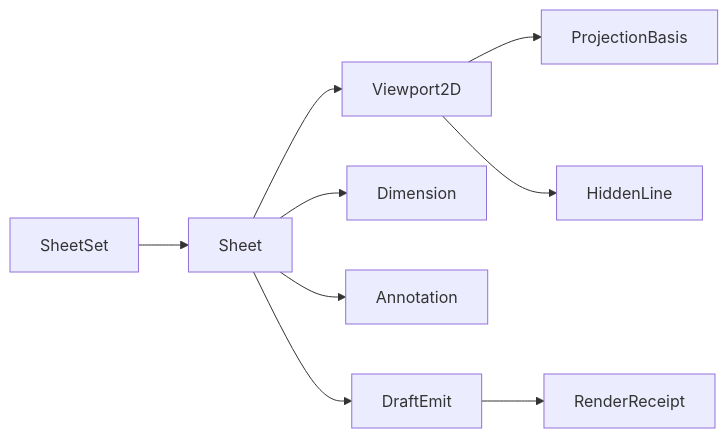
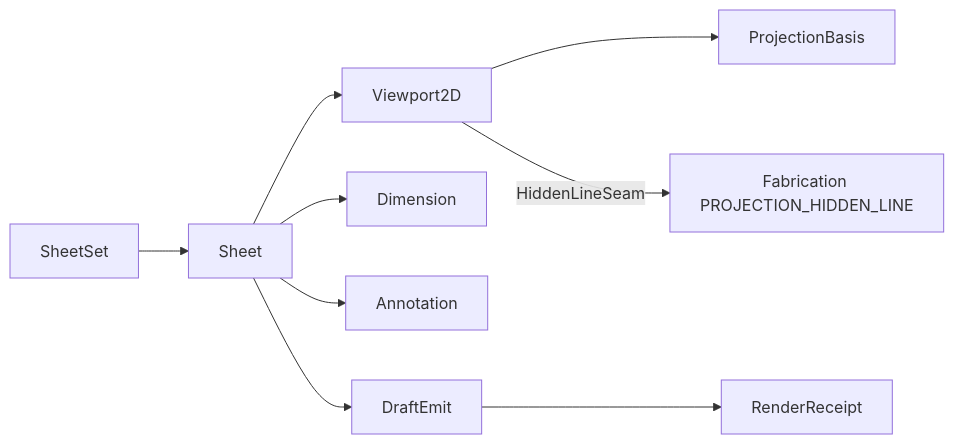
One commit to bsamiee/Rasm changed the diagram in libs/csharp/Rasm.AppUi/.planning/drafting/drafting-sheets.md. Above: the diagram before and after it, drawn with Mermaid. The commit also changed other lines of this file and 265 other files, not shown here.

````diff
--- a/libs/csharp/Rasm.AppUi/.planning/drafting/drafting-sheets.md
+++ b/libs/csharp/Rasm.AppUi/.planning/drafting/drafting-sheets.md
@@ -312,11 +402,11 @@
 ```mermaid
 flowchart LR
     SheetSet --> Sheet
     Sheet --> Viewport2D
     Viewport2D --> ProjectionBasis
-    Viewport2D --> HiddenLine
+    Viewport2D -->|HiddenLineSeam| Hlr["Fabrication PROJECTION_HIDDEN_LINE"]
     Sheet --> Dimension
     Sheet --> Annotation
     Sheet --> DraftEmit
     DraftEmit --> RenderReceipt
 ```
````
